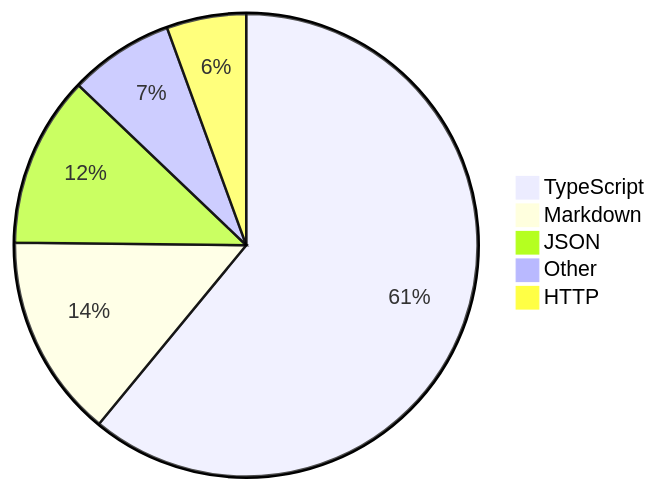
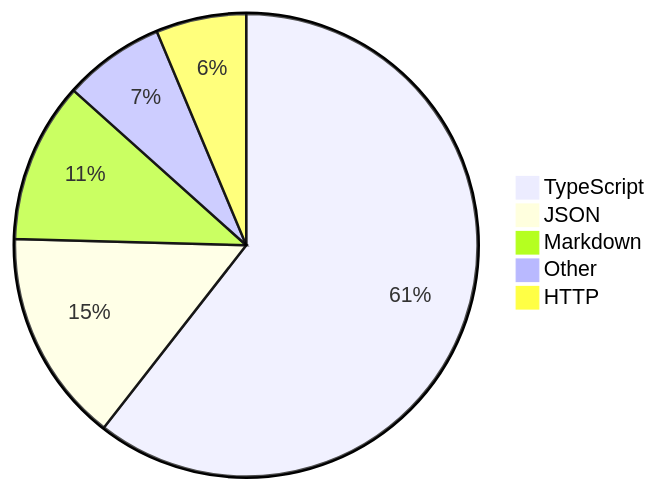
Before and after one commit to skvggor/skvggor: the diagram in README.md, drawn with Mermaid.

Commit message:
Updated waka-readme graph with new metrics

````diff
--- a/README.md
+++ b/README.md
@@ -16,8 +16,8 @@
 ```mermaid
 pie
-    "TypeScript" : 59.2
-    "Markdown" : 13.8
-    "JSON" : 11.6
-    "Other" : 7.1
-    "HTTP" : 5.4
+    "TypeScript" : 55.7
+    "JSON" : 13.7
+    "Markdown" : 10.3
+    "Other" : 6.5
+    "HTTP" : 5.8
 ```
````
